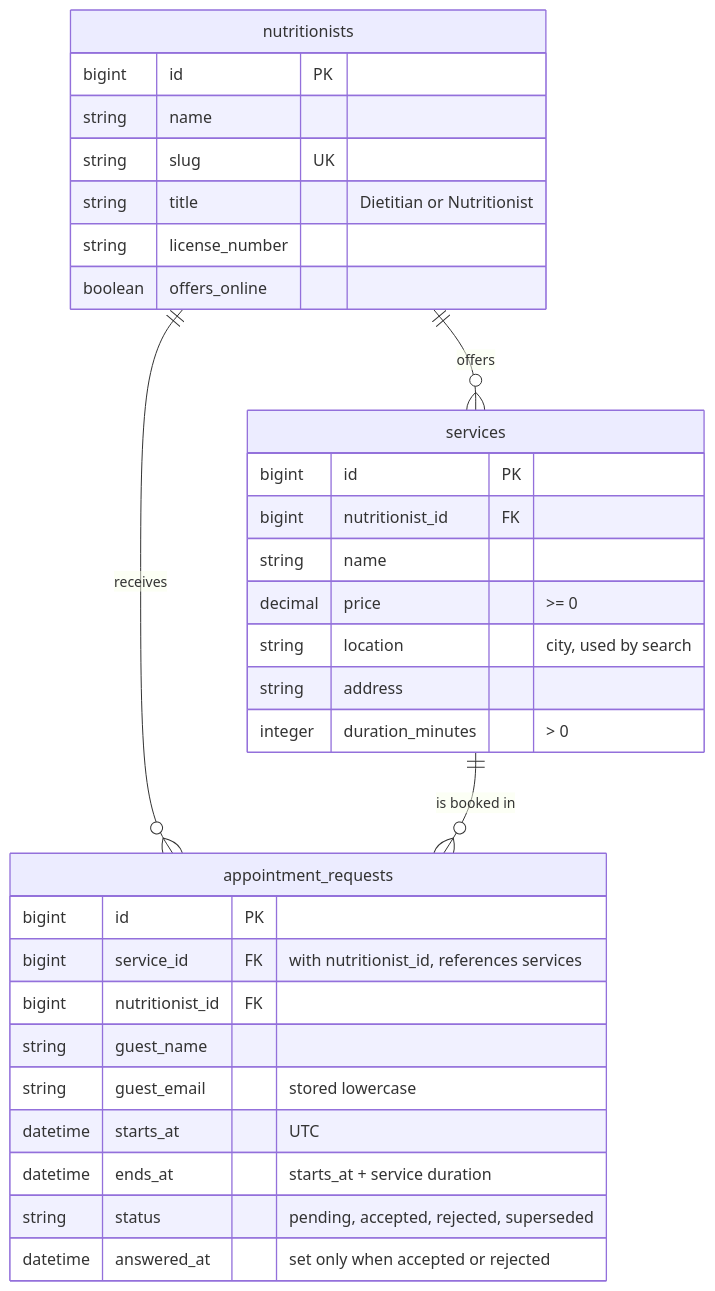
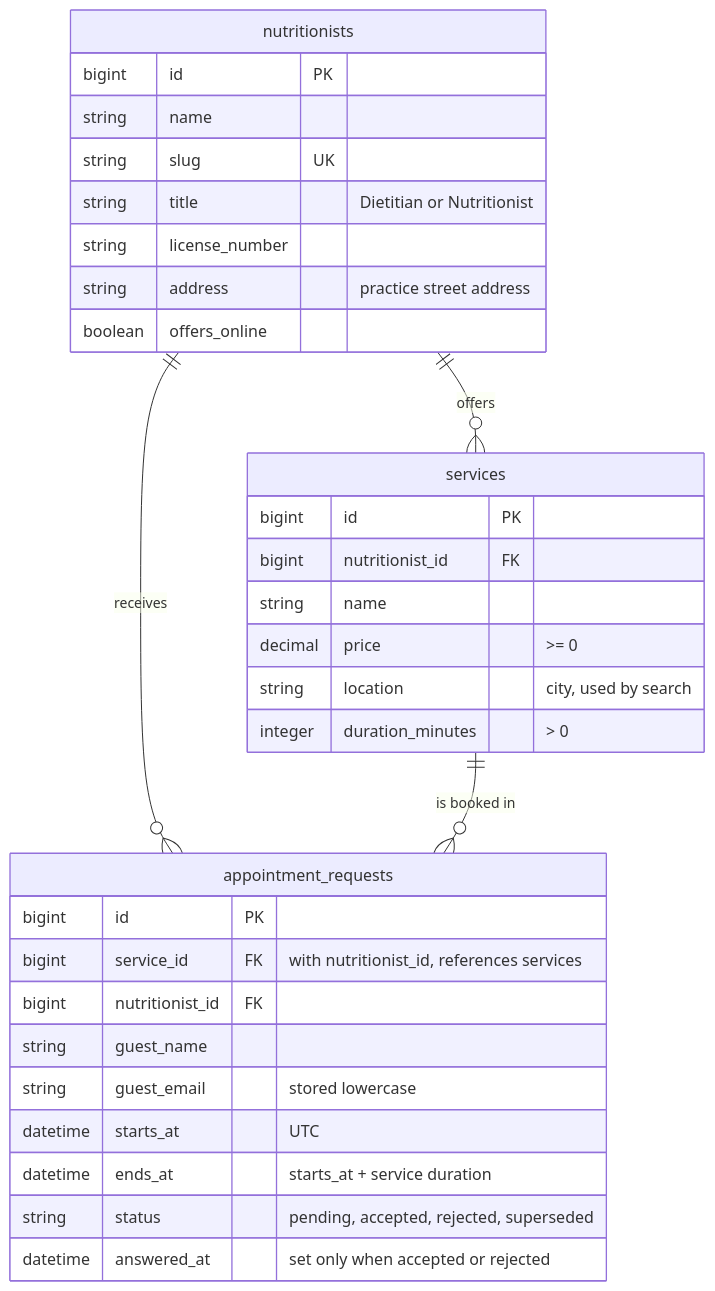
Before and after one commit to rgllm/NutriBook: the diagram in README.md, drawn with Mermaid. The commit also changed other lines of this file and 12 other files, not shown here.

````diff
--- a/README.md
+++ b/README.md
@@ -64,37 +64,37 @@
 ```mermaid
 erDiagram
     nutritionists ||--o{ services : offers
     nutritionists ||--o{ appointment_requests : receives
     services ||--o{ appointment_requests : "is booked in"
 
     nutritionists {
         bigint id PK
         string name
         string slug UK
         string title "Dietitian or Nutritionist"
         string license_number
+        string address "practice street address"
         boolean offers_online
     }
 
     services {
         bigint id PK
         bigint nutritionist_id FK
         string name
         decimal price ">= 0"
         string location "city, used by search"
-        string address
         integer duration_minutes "> 0"
     }
 
     appointment_requests {
         bigint id PK
         bigint service_id FK "with nutritionist_id, references services"
         bigint nutritionist_id FK
         string guest_name
         string guest_email "stored lowercase"
         datetime starts_at "UTC"
         datetime ends_at "starts_at + service duration"
         string status "pending, accepted, rejected, superseded"
         datetime answered_at "set only when accepted or rejected"
     }
 ```
````
